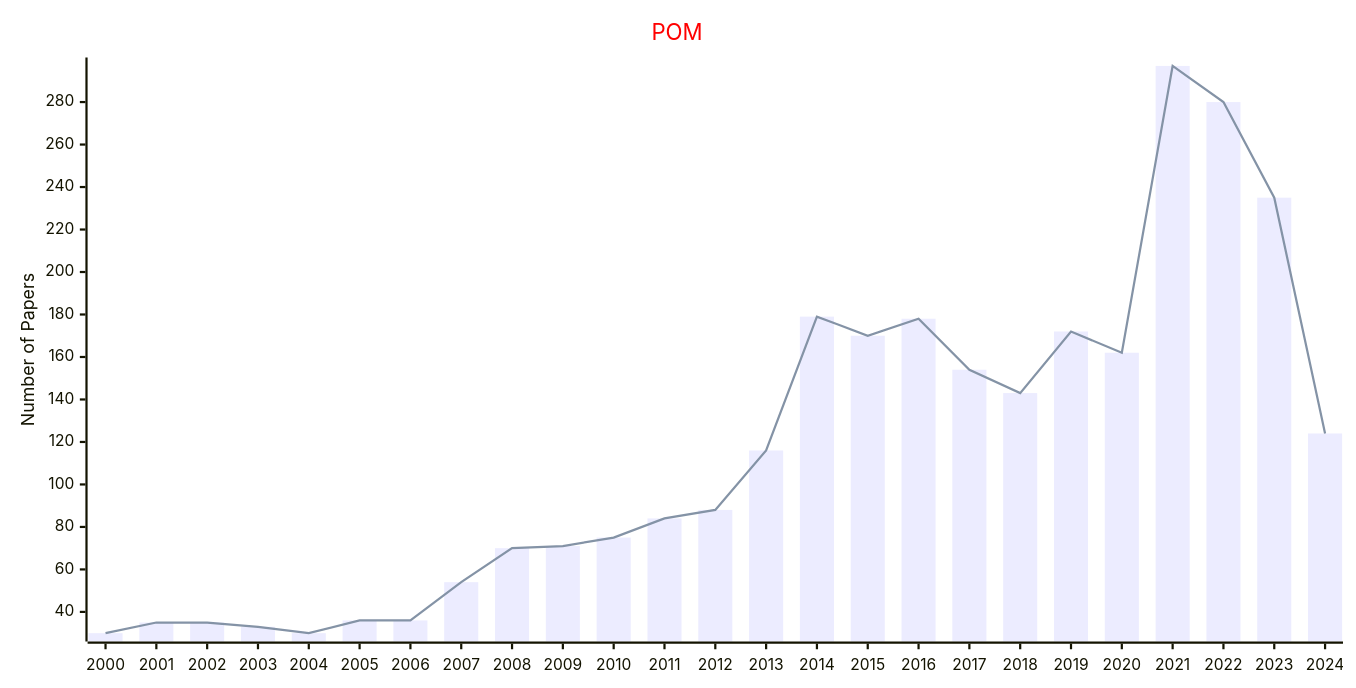
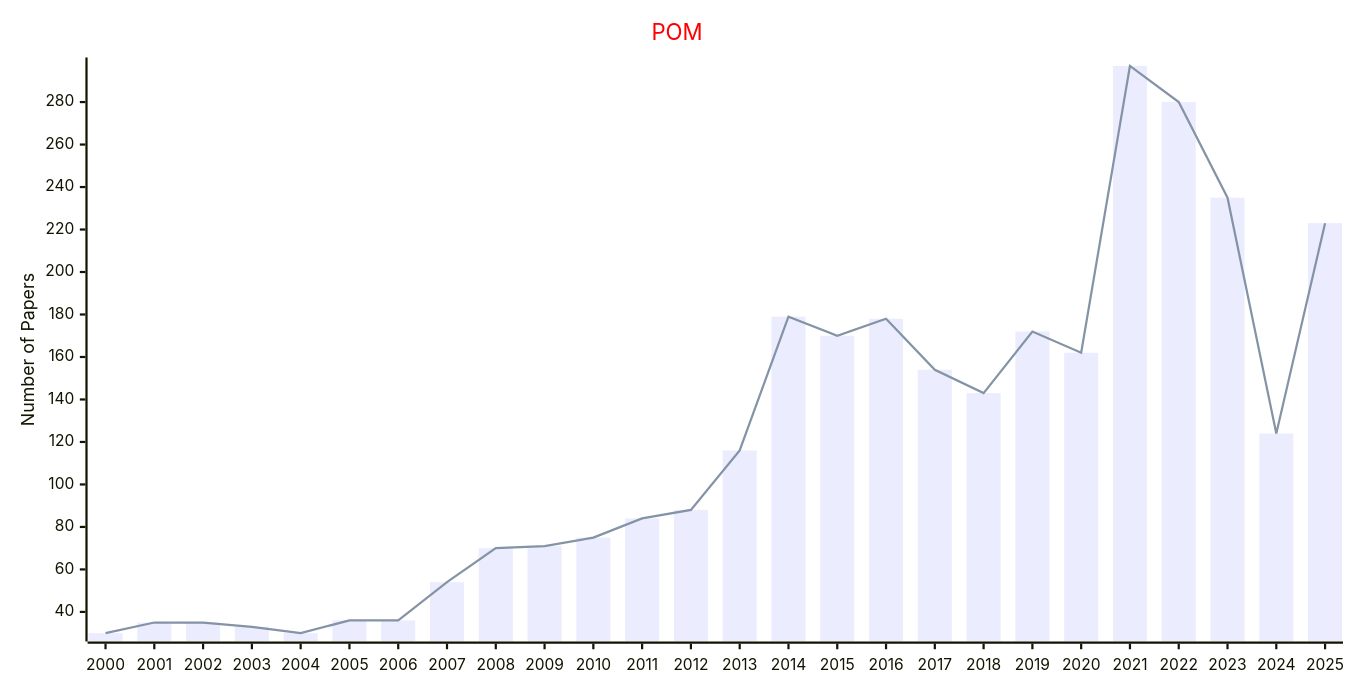
Before and after one commit to Easy-PhD/AILinks: the second of 3 diagrams in docs/data/Journals/Statistics_Journals/Management.md, drawn with Mermaid. The commit also changed 93 other files, not shown here.

````diff
--- a/docs/data/Journals/Statistics_Journals/Management.md
+++ b/docs/data/Journals/Statistics_Journals/Management.md
@@ -33,17 +33,17 @@
 ```mermaid
 ---
 config:
     xyChart:
         width: 1200
         height: 600
     themeVariables:
         xyChart:
             titleColor: "#ff0000"
 ---
 xychart-beta
     title "POM"
-    x-axis [2000, 2001, 2002, 2003, 2004, 2005, 2006, 2007, 2008, 2009, 2010, 2011, 2012, 2013, 2014, 2015, 2016, 2017, 2018, 2019, 2020, 2021, 2022, 2023, 2024]
+    x-axis [2000, 2001, 2002, 2003, 2004, 2005, 2006, 2007, 2008, 2009, 2010, 2011, 2012, 2013, 2014, 2015, 2016, 2017, 2018, 2019, 2020, 2021, 2022, 2023, 2024, 2025]
     y-axis "Number of Papers"
-    bar [30, 35, 35, 33, 30, 36, 36, 54, 70, 71, 75, 84, 88, 116, 179, 170, 178, 154, 143, 172, 162, 297, 280, 235, 124]
-    line [30, 35, 35, 33, 30, 36, 36, 54, 70, 71, 75, 84, 88, 116, 179, 170, 178, 154, 143, 172, 162, 297, 280, 235, 124]
+    bar [30, 35, 35, 33, 30, 36, 36, 54, 70, 71, 75, 84, 88, 116, 179, 170, 178, 154, 143, 172, 162, 297, 280, 235, 124, 223]
+    line [30, 35, 35, 33, 30, 36, 36, 54, 70, 71, 75, 84, 88, 116, 179, 170, 178, 154, 143, 172, 162, 297, 280, 235, 124, 223]
 ```
````
